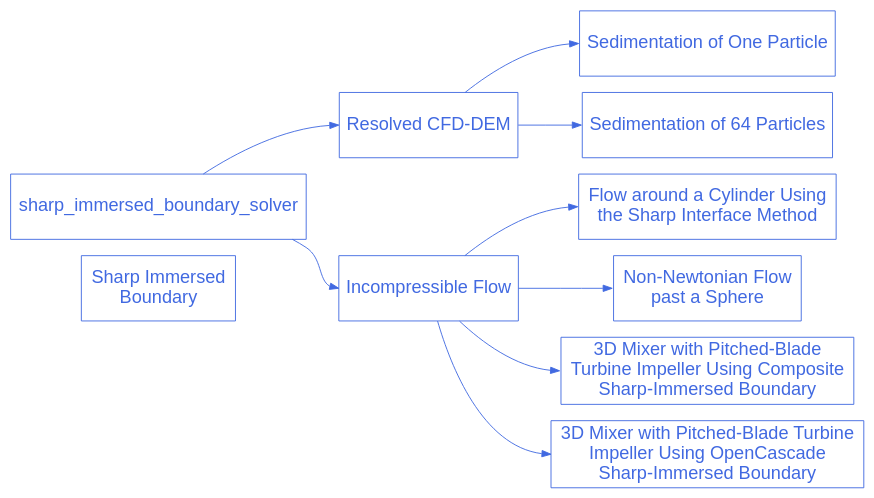
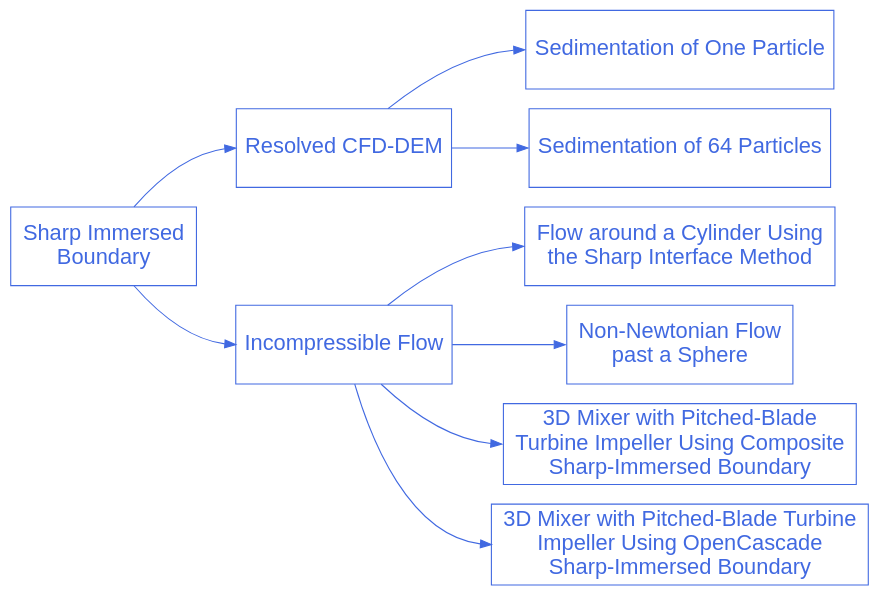
The diagram in doc/source/examples/sharp-immersed-boundary/sharp-immersed-boundary.rst (chaos-polymtl/lethe), drawn with Graphviz before and after one commit.

Commit message:
Fix Sharp Immersed Boundary diagram in documentation

```diff
--- a/doc/source/examples/sharp-immersed-boundary/sharp-immersed-boundary.rst
+++ b/doc/source/examples/sharp-immersed-boundary/sharp-immersed-boundary.rst
@@ -13,37 +13,37 @@
 .. graphviz:: 
 
     digraph sharp_diagram {
       graph [bgcolor="transparent", align=true];
       node [fontname=Arial, fontsize=20, shape=box, fontcolor=royalblue, color=royalblue, height=1];
       edge [color=royalblue];
       rankdir="LR";
       size = "9,9";
       
-      sharp_immersed_boundary [label="Sharp Immersed \nBoundary", href="https://lethe-cfd.github.io/lethe/examples/sharp-immersed-boundary/sharp-immersed-boundary.html"];
+      sharp_immersed_boundary_solver [label="Sharp Immersed \nBoundary", href="https://lethe-cfd.github.io/lethe/examples/sharp-immersed-boundary/sharp-immersed-boundary.html"];
 
       sharp_1 [label="Resolved CFD-DEM", href="https://lethe-cfd.github.io/lethe/examples/sharp-immersed-boundary/resolved-cfd-dem.html"];
 
       sharp_1_1 [label="Sedimentation of One Particle", href="https://lethe-cfd.github.io/lethe/examples/sharp-immersed-boundary/sedimentation-1-particle/sedimentation-1-particle.html"];
 
       sharp_1_2 [label="Sedimentation of 64 Particles", href="https://lethe-cfd.github.io/lethe/examples/sharp-immersed-boundary/sedimentation-64-particles/sedimentation-64-particles.html"];
 
       sharp_2 [label="Incompressible Flow", href="https://lethe-cfd.github.io/lethe/examples/sharp-immersed-boundary/incompressible-flow.html"];
 
       sharp_2_1 [label="Flow around a Cylinder Using \nthe Sharp Interface Method", href="https://lethe-cfd.github.io/lethe/examples/sharp-immersed-boundary/cylinder-with-sharp-interface/cylinder-with-sharp-interface.html", tooltip="Flow around a cylinder using the sharp interface method"];
 
       sharp_2_2 [label="Non-Newtonian Flow \npast a Sphere", href="https://lethe-cfd.github.io/lethe/examples/sharp-immersed-boundary/sphere-carreau-with-sharp-interface/sphere-carreau-with-sharp-interface.html", tooltip="Non-Newtonian flow past a sphere"];
 
       sharp_2_3 [label="3D Mixer with Pitched-Blade \nTurbine Impeller Using Composite \nSharp-Immersed Boundary", href="https://lethe-cfd.github.io/lethe/examples/sharp-immersed-boundary/3d-composite-mixer-with-pbt-impeller/3d-composite-mixer-with-pbt-impeller.html", tooltip="3D Mixer with pitched-blade turbine impeller using Composite Sharp-immersed boundary"];
 
       sharp_2_4 [label="3D Mixer with Pitched-Blade Turbine \nImpeller Using OpenCascade \nSharp-Immersed Boundary", href="https://lethe-cfd.github.io/lethe/examples/sharp-immersed-boundary/3d-opencascade-mixer-with-pbt-impeller/3d-opencascade-mixer-with-pbt-impeller.html", tooltip="3D Mixer with pitched-blade turbine impeller using OpenCascade Sharp-immersed boundary"];
 
       sharp_immersed_boundary_solver -> sharp_1:w;
       sharp_immersed_boundary_solver -> sharp_2:w;
 
       sharp_1 -> sharp_1_1:w;
       sharp_1 -> sharp_1_2:w;
       sharp_2 -> sharp_2_1:w;
       sharp_2 -> sharp_2_2:w;
       sharp_2 -> sharp_2_3:w;
       sharp_2 -> sharp_2_4:w;
     }
```
